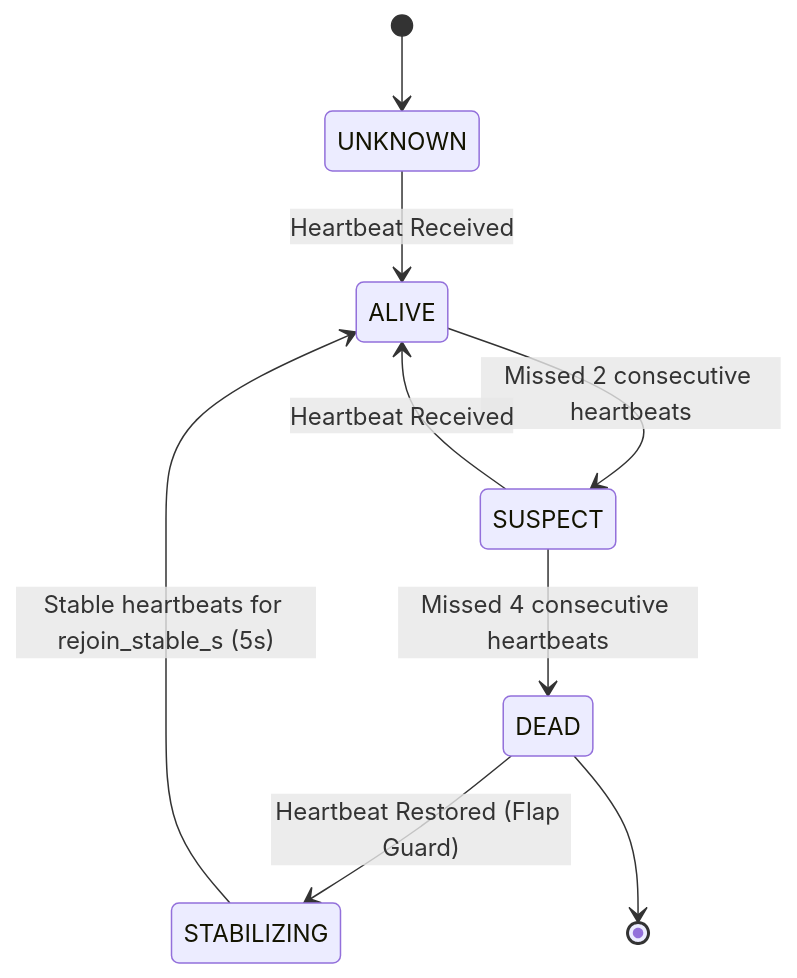
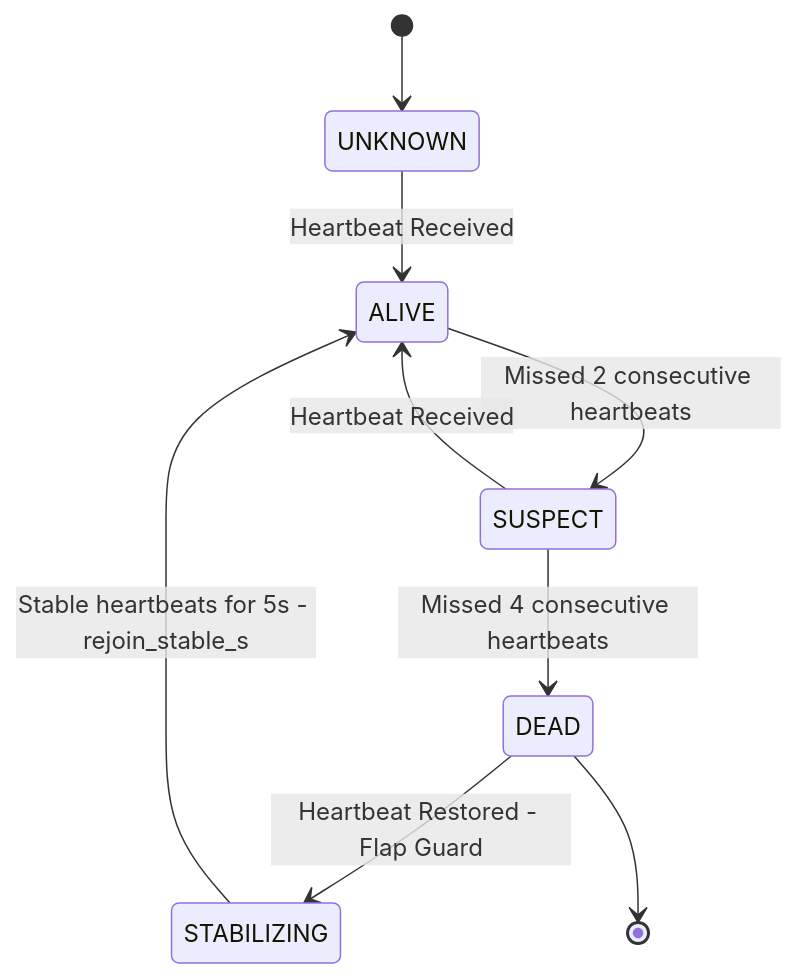
The first of 2 diagrams in doc/architecture/swarm-coordination-healing.md (Debanshu2005/DroneSwarm), drawn with Mermaid before and after one commit. The commit also changed other lines of this file and 11 other files, not shown here.

Commit message:
docs: add comprehensive system architecture and user guides for phoneos swarm

````diff
--- a/doc/architecture/swarm-coordination-healing.md
+++ b/doc/architecture/swarm-coordination-healing.md
@@ -13,11 +13,11 @@
 ```mermaid
 stateDiagram-v2
     [*] --> UNKNOWN
     UNKNOWN --> ALIVE: Heartbeat Received
     ALIVE --> SUSPECT: Missed 2 consecutive heartbeats
     SUSPECT --> ALIVE: Heartbeat Received
     SUSPECT --> DEAD: Missed 4 consecutive heartbeats
-    DEAD --> STABILIZING: Heartbeat Restored (Flap Guard)
-    STABILIZING --> ALIVE: Stable heartbeats for rejoin_stable_s (5s)
+    DEAD --> STABILIZING: Heartbeat Restored - Flap Guard
+    STABILIZING --> ALIVE: Stable heartbeats for 5s - rejoin_stable_s
     DEAD --> [*]
 ```
````
